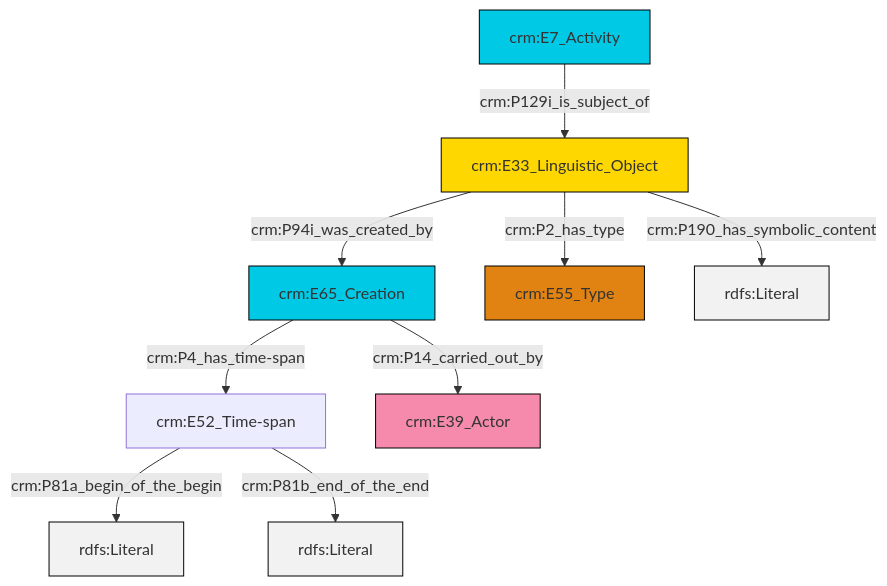
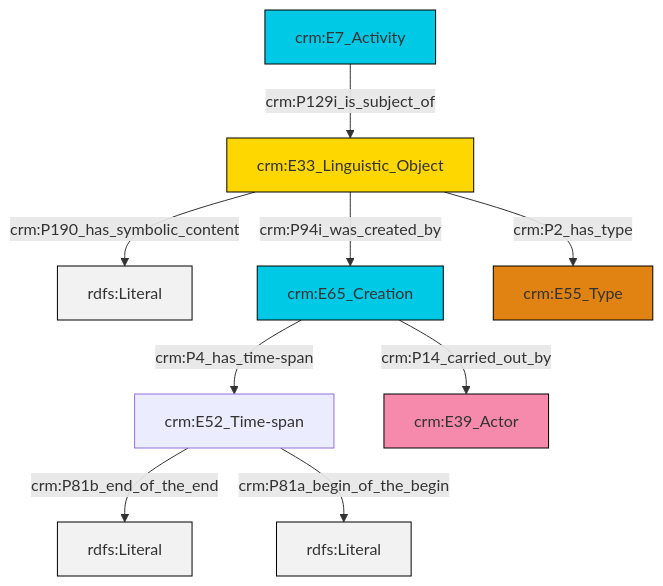
One commit to ncarboni/srdm changed the diagram in et/eventCSV/ttl/mmd/event_description.ttl.mmd. Above: the diagram before and after it, drawn with Mermaid. The commit also changed 131 other files, not shown here.

```diff
--- a/et/eventCSV/ttl/mmd/event_description.ttl.mmd
+++ b/et/eventCSV/ttl/mmd/event_description.ttl.mmd
@@ -1,23 +1,23 @@
 graph TD
 classDef Literal fill:#f2f2f2,stroke:#000000;
 classDef CRM_Entity fill:#FFFFFF,stroke:#000000;
 classDef Temporal_Entity fill:#00C9E6, stroke:#000000;
 classDef Type fill:#E18312, stroke:#000000;
 classDef Time-Span fill:#2C9C91, stroke:#000000;
 classDef Appellation fill:#FFEB7F, stroke:#000000;
 classDef Place fill:#008836, stroke:#000000;
 classDef Persistent_Item fill:#B266B2, stroke:#000000;
 classDef Conceptual_Object fill:#FFD700, stroke:#000000;
 classDef Physical_Thing fill:#D2B48C, stroke:#000000;
 classDef Actor fill:#f58aad, stroke:#000000;
 classDef PC_Classes fill:#4ce600, stroke:#000000;
 classDef Multi fill:#cccccc,stroke:#000000;
 
-2["crm:E52_Time-span"]:::Default -->|crm:P81a_begin_of_the_begin| 6[rdfs:Literal]:::Literal
-7["crm:E7_Activity"]:::Temporal_Entity -->|crm:P129i_is_subject_of| 8["crm:E33_Linguistic_Object"]:::Conceptual_Object
-8["crm:E33_Linguistic_Object"]:::Conceptual_Object -->|crm:P94i_was_created_by| 0["crm:E65_Creation"]:::Temporal_Entity
-0["crm:E65_Creation"]:::Temporal_Entity -->|crm:P14_carried_out_by| 4["crm:E39_Actor"]:::Actor
-0["crm:E65_Creation"]:::Temporal_Entity -->|crm:P4_has_time-span| 2["crm:E52_Time-span"]:::Default
-8["crm:E33_Linguistic_Object"]:::Conceptual_Object -->|crm:P190_has_symbolic_content| 13[rdfs:Literal]:::Literal
-2["crm:E52_Time-span"]:::Default -->|crm:P81b_end_of_the_end| 14[rdfs:Literal]:::Literal
-8["crm:E33_Linguistic_Object"]:::Conceptual_Object -->|crm:P2_has_type| 10["crm:E55_Type"]:::Type
+0["crm:E33_Linguistic_Object"]:::Conceptual_Object -->|crm:P190_has_symbolic_content| 1[rdfs:Literal]:::Literal
+0["crm:E33_Linguistic_Object"]:::Conceptual_Object -->|crm:P94i_was_created_by| 4["crm:E65_Creation"]:::Temporal_Entity
+4["crm:E65_Creation"]:::Temporal_Entity -->|crm:P14_carried_out_by| 7["crm:E39_Actor"]:::Actor
+4["crm:E65_Creation"]:::Temporal_Entity -->|crm:P4_has_time-span| 2["crm:E52_Time-span"]:::Default
+2["crm:E52_Time-span"]:::Default -->|crm:P81b_end_of_the_end| 11[rdfs:Literal]:::Literal
+5["crm:E7_Activity"]:::Temporal_Entity -->|crm:P129i_is_subject_of| 0["crm:E33_Linguistic_Object"]:::Conceptual_Object
+0["crm:E33_Linguistic_Object"]:::Conceptual_Object -->|crm:P2_has_type| 8["crm:E55_Type"]:::Type
+2["crm:E52_Time-span"]:::Default -->|crm:P81a_begin_of_the_begin| 12[rdfs:Literal]:::Literal
```
